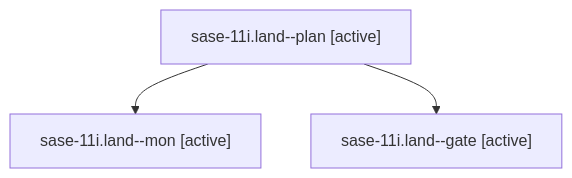
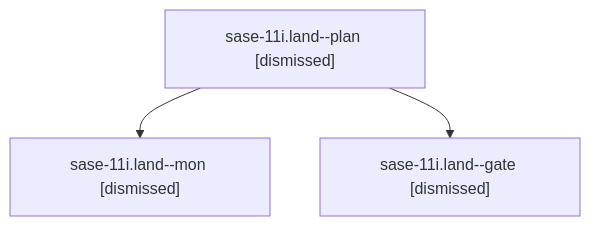
One commit to sase-org/sase--agents changed the diagram in sessions/bbugyi200.athena.sase-11i.land.md. Above: the diagram before and after it, drawn with Mermaid. The commit also changed other lines of this file and 199 other files, not shown here.

````diff
--- a/sessions/bbugyi200.athena.sase-11i.land.md
+++ b/sessions/bbugyi200.athena.sase-11i.land.md
@@ -9,8 +9,8 @@
 ```mermaid
 flowchart TD
-  n0["sase-11i.land--plan [active]"]
-  n1["sase-11i.land--mon [active]"]
+  n0["sase-11i.land--plan [dismissed]"]
+  n1["sase-11i.land--mon [dismissed]"]
   n0 --> n1
-  n2["sase-11i.land--gate [active]"]
+  n2["sase-11i.land--gate [dismissed]"]
   n0 --> n2
 ```
````
